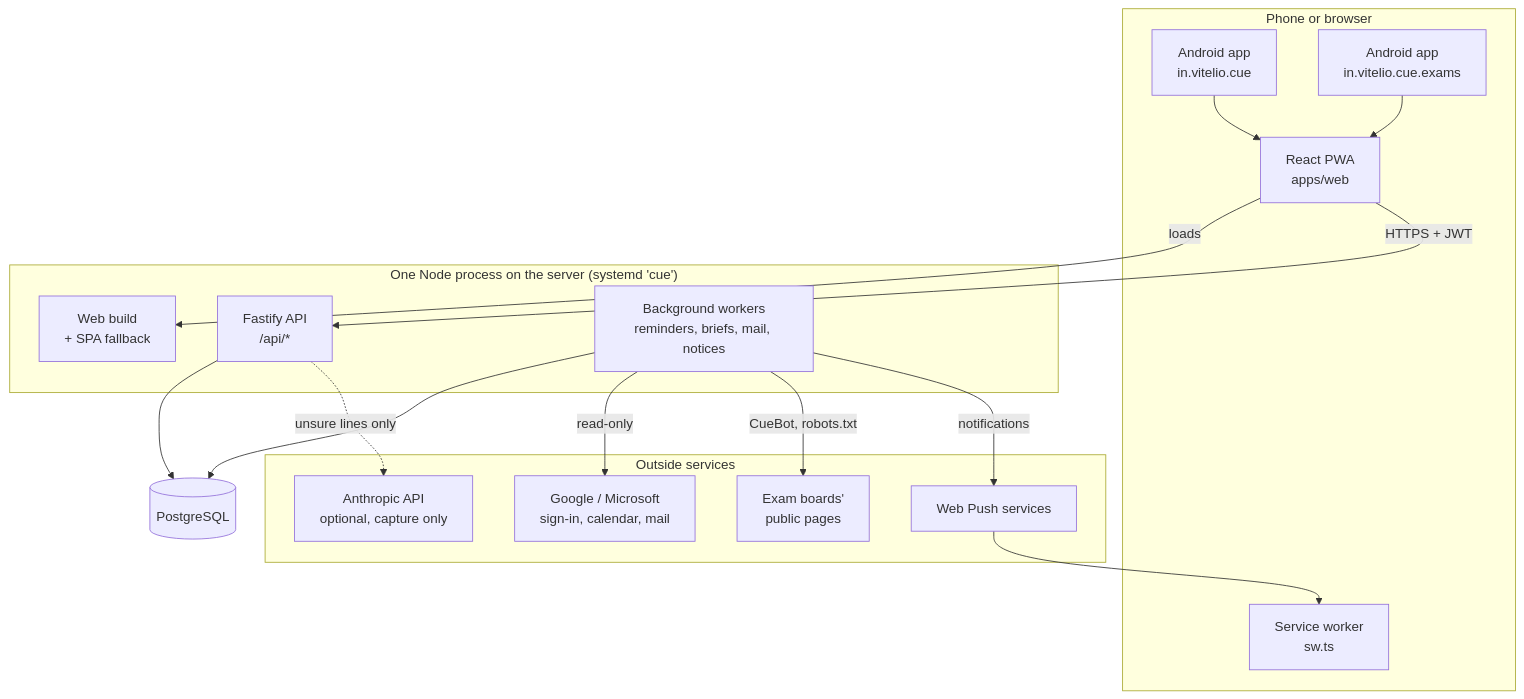
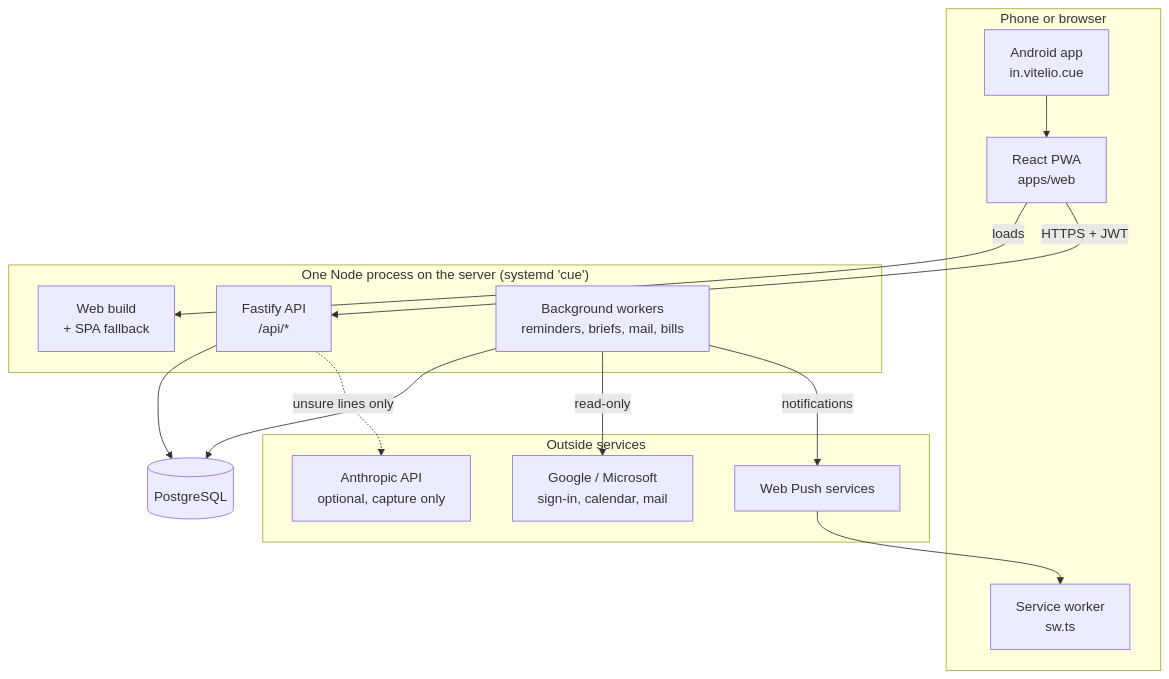
One commit to raghusince1998/cue changed the first of 6 diagrams in docs/DEVELOPER.md. Above: the diagram before and after it, drawn with Mermaid. The commit also changed other lines of this file and 21 other files, not shown here.

````diff
--- a/docs/DEVELOPER.md
+++ b/docs/DEVELOPER.md
@@ -98,32 +79,28 @@
 ```mermaid
 flowchart TB
   subgraph Phone["Phone or browser"]
     TWA1["Android app<br/>in.vitelio.cue"]
-    TWA2["Android app<br/>in.vitelio.cue.exams"]
     PWA["React PWA<br/>apps/web"]
     SW["Service worker<br/>sw.ts"]
   end
   subgraph Server["One Node process on the server (systemd 'cue')"]
     STATIC["Web build<br/>+ SPA fallback"]
     API["Fastify API<br/>/api/*"]
-    W["Background workers<br/>reminders, briefs, mail, notices"]
+    W["Background workers<br/>reminders, briefs, mail, bills"]
   end
   DB[("PostgreSQL")]
   subgraph Outside["Outside services"]
     G["Google / Microsoft<br/>sign-in, calendar, mail"]
-    B["Exam boards'<br/>public pages"]
     P["Web Push services"]
     AI["Anthropic API<br/>optional, capture only"]
   end
   TWA1 --> PWA
-  TWA2 --> PWA
   PWA -->|loads| STATIC
   PWA -->|"HTTPS + JWT"| API
   API --> DB
   W --> DB
   W -->|read-only| G
-  W -->|"CueBot, robots.txt"| B
   W -->|notifications| P
   P --> SW
   API -.->|unsure lines only| AI
 ```
````
